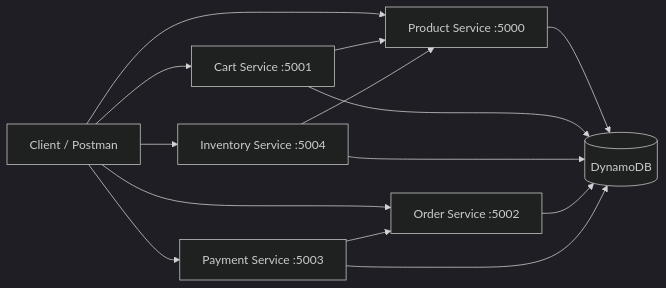
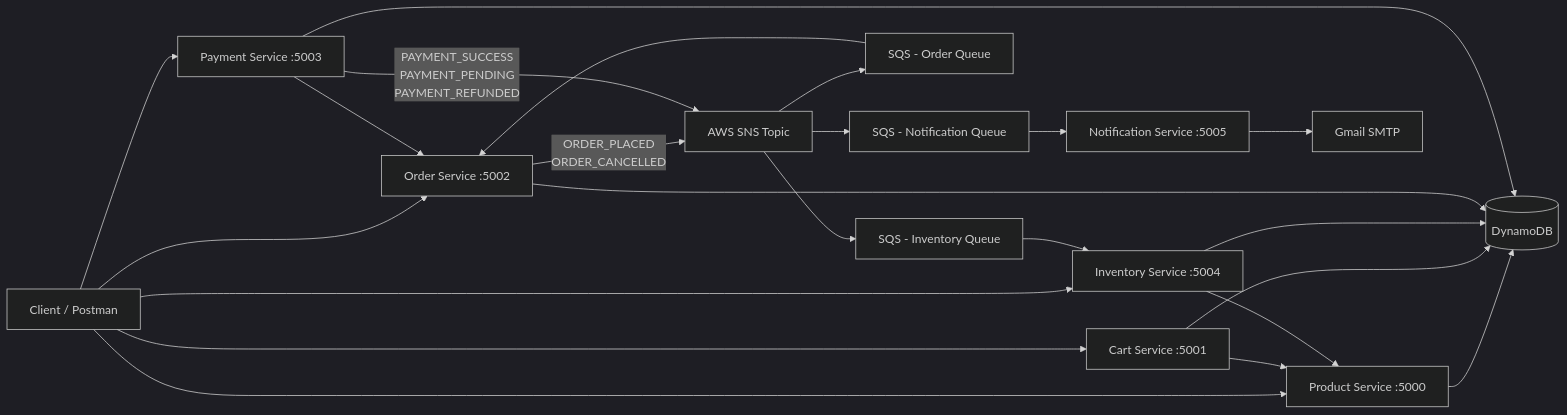
The diagram in README.md (dharineeshv/E-Commerce-Backend-API-s-IDP), drawn with Mermaid (dark theme) before and after one commit. The commit also changed other lines of this file and 52 other files, not shown here.

````diff
--- a/README.md
+++ b/README.md
@@ -17,18 +24,31 @@
 ```mermaid
 flowchart LR
-	Client[Client / Postman] --> Product[Product Service :5000]
-	Client --> Cart[Cart Service :5001]
-	Client --> Order[Order Service :5002]
-	Client --> Payment[Payment Service :5003]
-	Client --> Inventory[Inventory Service :5004]
+    Client[Client / Postman] --> Product[Product Service :5000]
+    Client --> Cart[Cart Service :5001]
+    Client --> Order[Order Service :5002]
+    Client --> Payment[Payment Service :5003]
+    Client --> Inventory[Inventory Service :5004]
 
-	Cart --> Product
-	Inventory --> Product
-	Payment --> Order
+    Cart --> Product
+    Inventory --> Product
+    Payment --> Order
 
-	Product --> DDB[(DynamoDB)]
-	Cart --> DDB
-	Inventory --> DDB
-	Order --> DDB
-	Payment --> DDB
+    Product --> DDB[(DynamoDB)]
+    Cart --> DDB
+    Inventory --> DDB
+    Order --> DDB
+    Payment --> DDB
+
+    Order -- ORDER_PLACED\nORDER_CANCELLED --> SNS[AWS SNS Topic]
+    Payment -- PAYMENT_SUCCESS\nPAYMENT_PENDING\nPAYMENT_REFUNDED --> SNS
+
+    SNS --> SQS_Inventory[SQS - Inventory Queue]
+    SNS --> SQS_Order[SQS - Order Queue]
+    SNS --> SQS_Notification[SQS - Notification Queue]
+
+    SQS_Inventory --> Inventory
+    SQS_Order --> Order
+    SQS_Notification --> Notification[Notification Service :5005]
+
+    Notification --> Gmail[Gmail SMTP]
 ```
````
